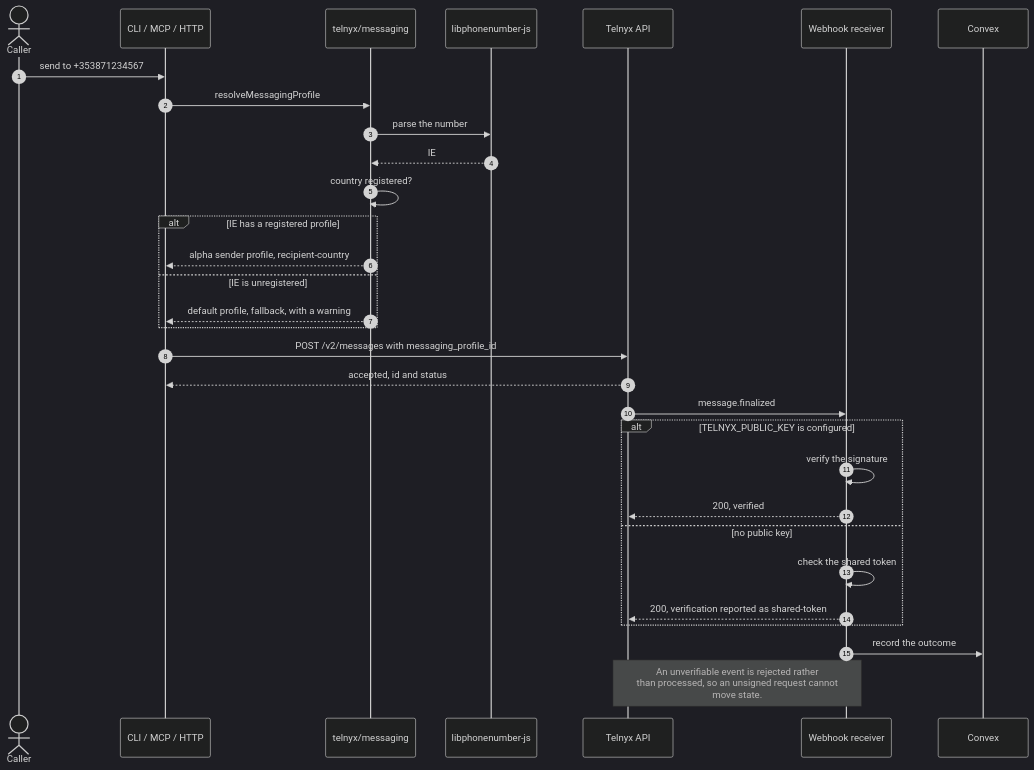
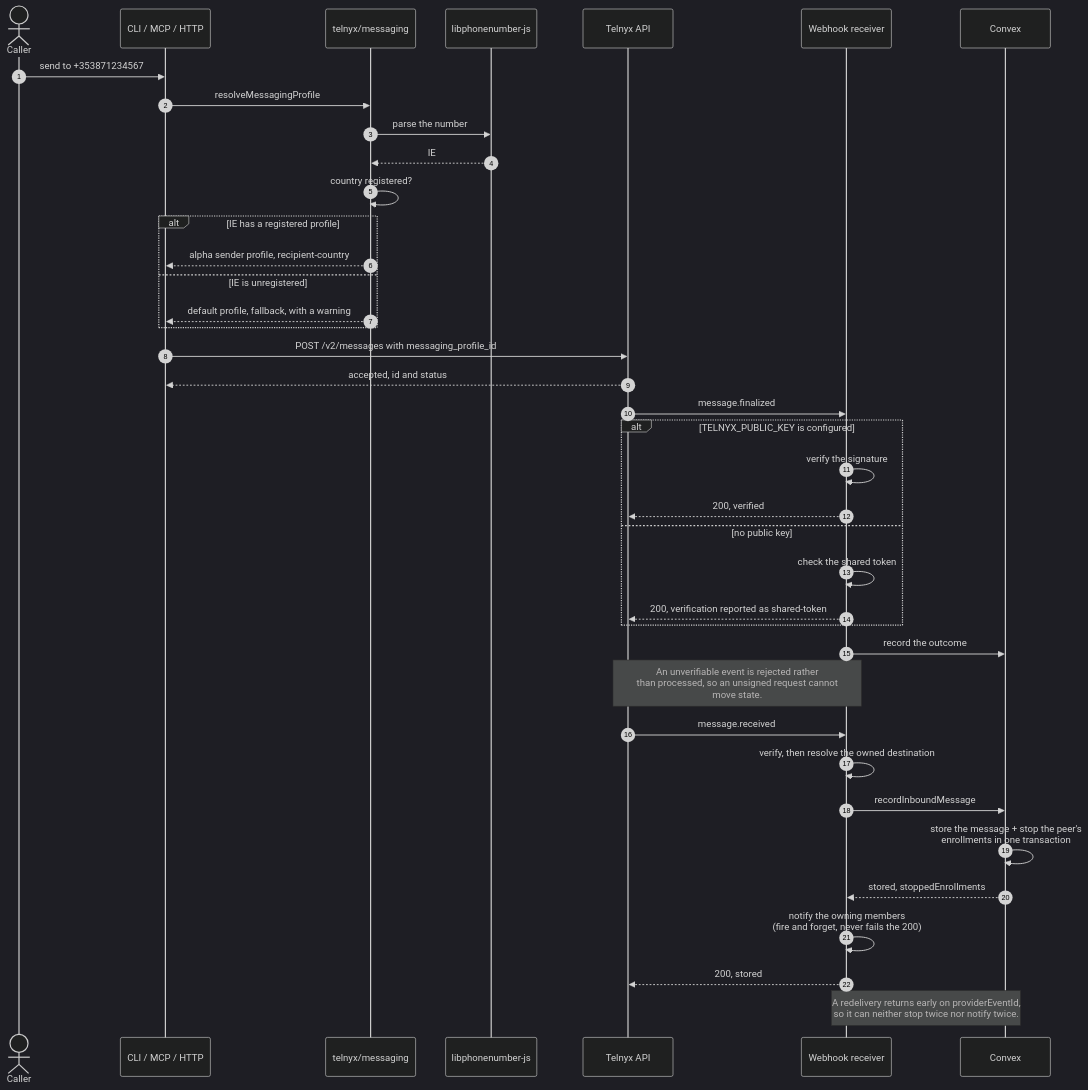
The diagram in docs/diagrams/send-message-sequence.mmd (hack-lab-agentconnect/blaster), drawn with Mermaid (dark theme) before and after one commit. The commit also changed 42 other files, not shown here.

```diff
--- a/docs/diagrams/send-message-sequence.mmd
+++ b/docs/diagrams/send-message-sequence.mmd
@@ -1,38 +1,49 @@
 %% One message end to end, including the inbound leg. The verification branch is
 %% the honest part: signature verification is preferred, and the fallback says so
-%% in its own response rather than pretending to be equivalent.
+%% in its own response rather than pretending to be equivalent. An inbound reply
+%% stops the peer's enrollments in the same transaction that stores it, then
+%% notifies the owning members without ever failing the webhook.
 sequenceDiagram
   autonumber
   actor Caller
   participant Surface as CLI / MCP / HTTP
   participant Core as telnyx/messaging
   participant Num as libphonenumber-js
   participant Tel as Telnyx API
   participant Hook as Webhook receiver
   participant Cvx as Convex
 
   Caller->>Surface: send to +353871234567
   Surface->>Core: resolveMessagingProfile
   Core->>Num: parse the number
   Num-->>Core: IE
   Core->>Core: country registered?
   alt IE has a registered profile
     Core-->>Surface: alpha sender profile, recipient-country
   else IE is unregistered
     Core-->>Surface: default profile, fallback, with a warning
   end
 
   Surface->>Tel: POST /v2/messages with messaging_profile_id
   Tel-->>Surface: accepted, id and status
 
   Tel->>Hook: message.finalized
   alt TELNYX_PUBLIC_KEY is configured
     Hook->>Hook: verify the signature
     Hook-->>Tel: 200, verified
   else no public key
     Hook->>Hook: check the shared token
     Hook-->>Tel: 200, verification reported as shared-token
   end
 
   Hook->>Cvx: record the outcome
   Note over Hook,Tel: An unverifiable event is rejected rather<br/>than processed, so an unsigned request cannot<br/>move state.
+
+  Tel->>Hook: message.received
+  Hook->>Hook: verify, then resolve the owned destination
+  Hook->>Cvx: recordInboundMessage
+  Cvx->>Cvx: store the message + stop the peer's<br/>enrollments in one transaction
+  Cvx-->>Hook: stored, stoppedEnrollments
+  Hook->>Hook: notify the owning members<br/>(fire and forget, never fails the 200)
+  Hook-->>Tel: 200, stored
+  Note over Hook,Cvx: A redelivery returns early on providerEventId,<br/>so it can neither stop twice nor notify twice.
```
